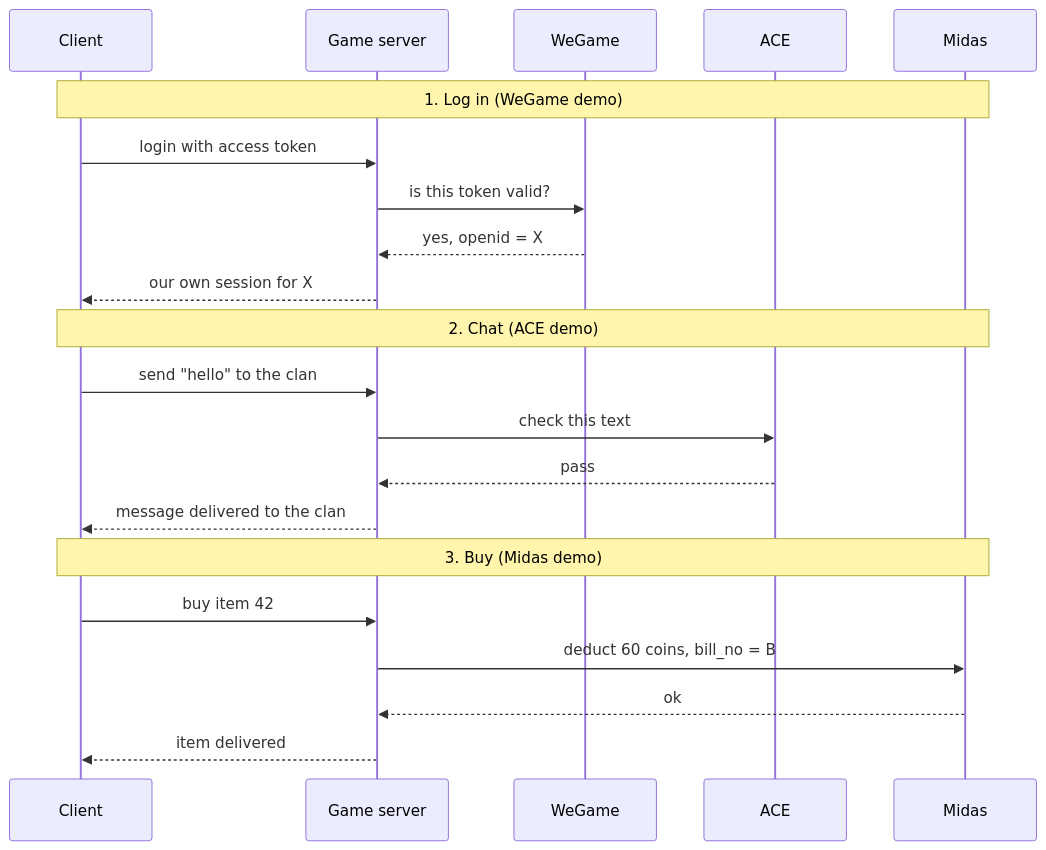
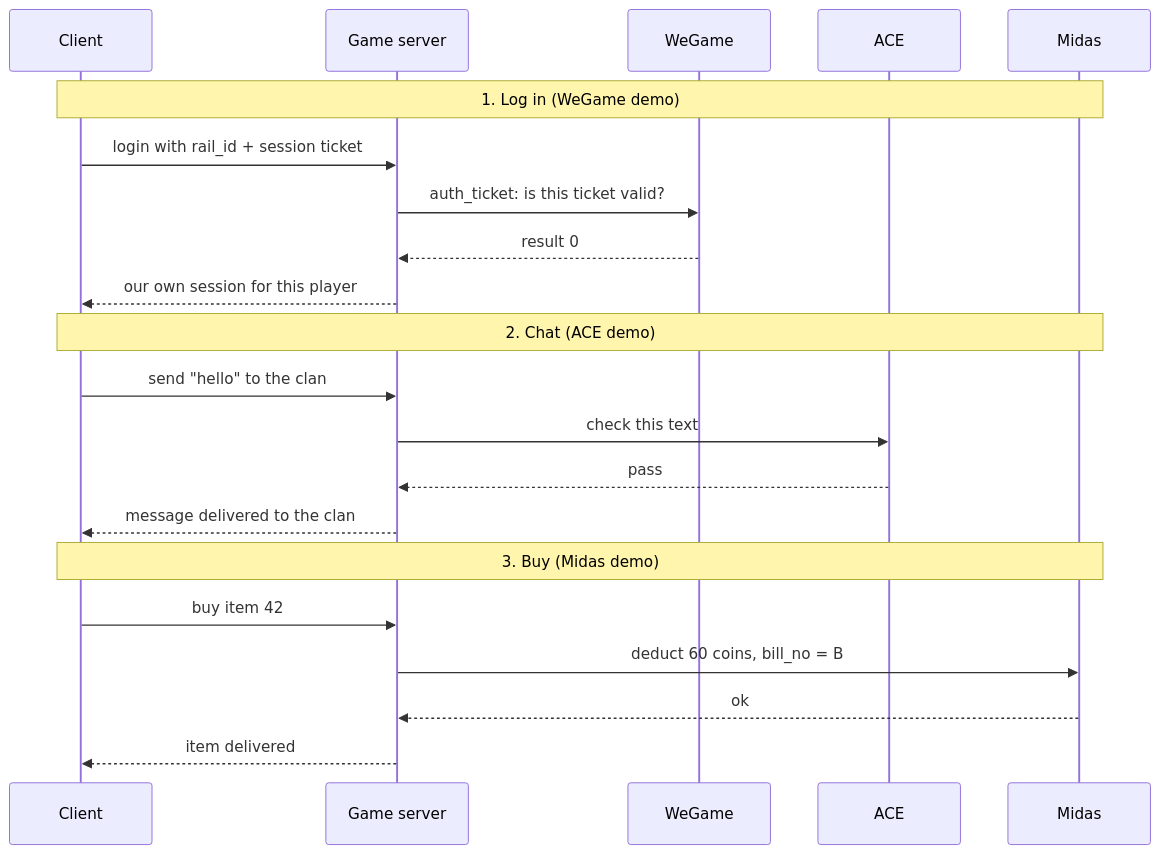
The second of 2 diagrams in README.md (zhanghanqing/tencent-sdk-demos), drawn with Mermaid before and after one commit. The commit also changed other lines of this file and 7 other files, not shown here.

````diff
--- a/README.md
+++ b/README.md
@@ -55,26 +55,26 @@
 ```mermaid
 sequenceDiagram
     participant C as Client
     participant S as Game server
     participant W as WeGame
     participant A as ACE
     participant M as Midas
 
     Note over C,M: 1. Log in (WeGame demo)
-    C->>S: login with access token
-    S->>W: is this token valid?
-    W-->>S: yes, openid = X
-    S-->>C: our own session for X
+    C->>S: login with rail_id + session ticket
+    S->>W: auth_ticket: is this ticket valid?
+    W-->>S: result 0
+    S-->>C: our own session for this player
 
     Note over C,M: 2. Chat (ACE demo)
     C->>S: send "hello" to the clan
     S->>A: check this text
     A-->>S: pass
     S-->>C: message delivered to the clan
 
     Note over C,M: 3. Buy (Midas demo)
     C->>S: buy item 42
     S->>M: deduct 60 coins, bill_no = B
     M-->>S: ok
     S-->>C: item delivered
 ```
````
